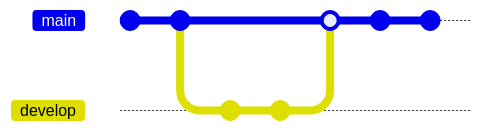
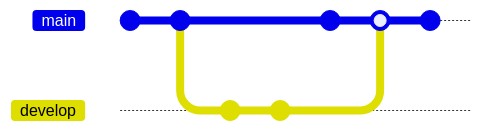
The third of 5 diagrams in git.md (crosleyzack/docs), drawn with Mermaid before and after one commit. The commit also changed other lines of this file, not shown here. Commit ids are hidden.

Commit message:
fix git graphs

````diff
--- a/git.md
+++ b/git.md
@@ -212,13 +212,13 @@
 ```mermaid
 gitGraph
    commit
    commit
    branch develop
    checkout develop
    commit
    commit
    checkout main
-   merge develop id: "4-888db77"
    commit
+   merge develop id: "888db77"
    commit
 ```
````
